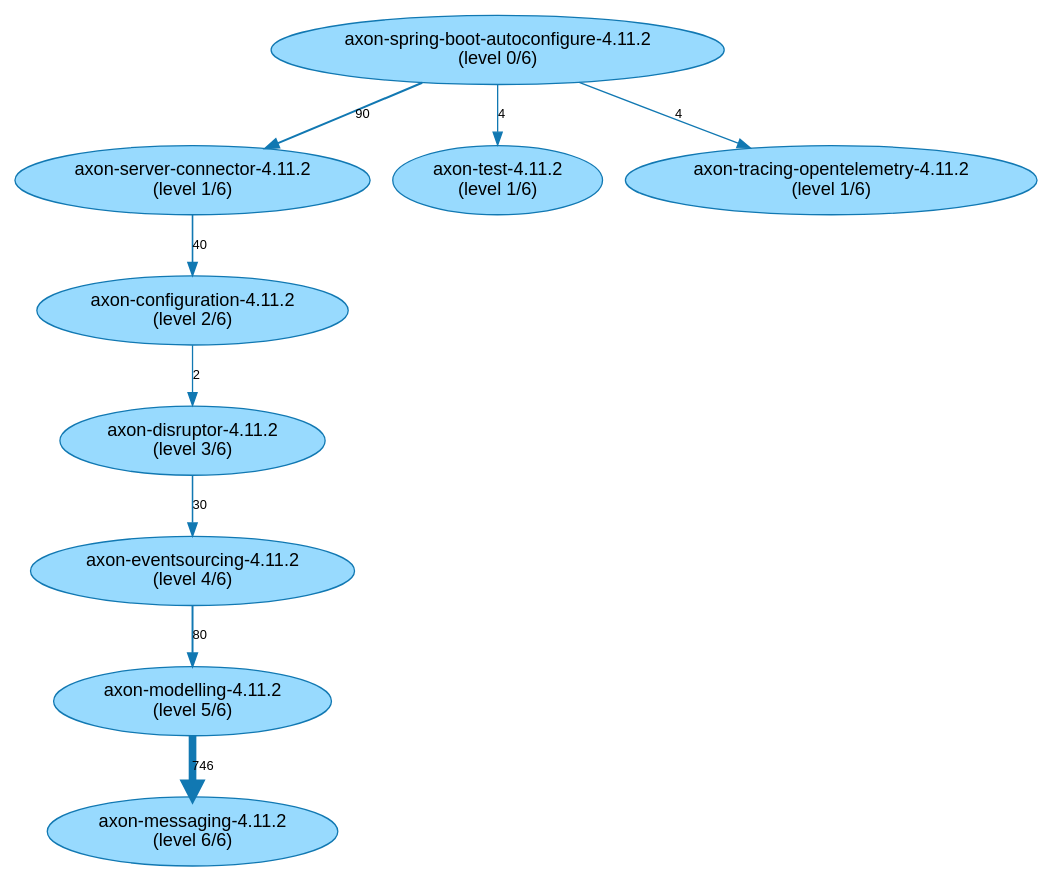
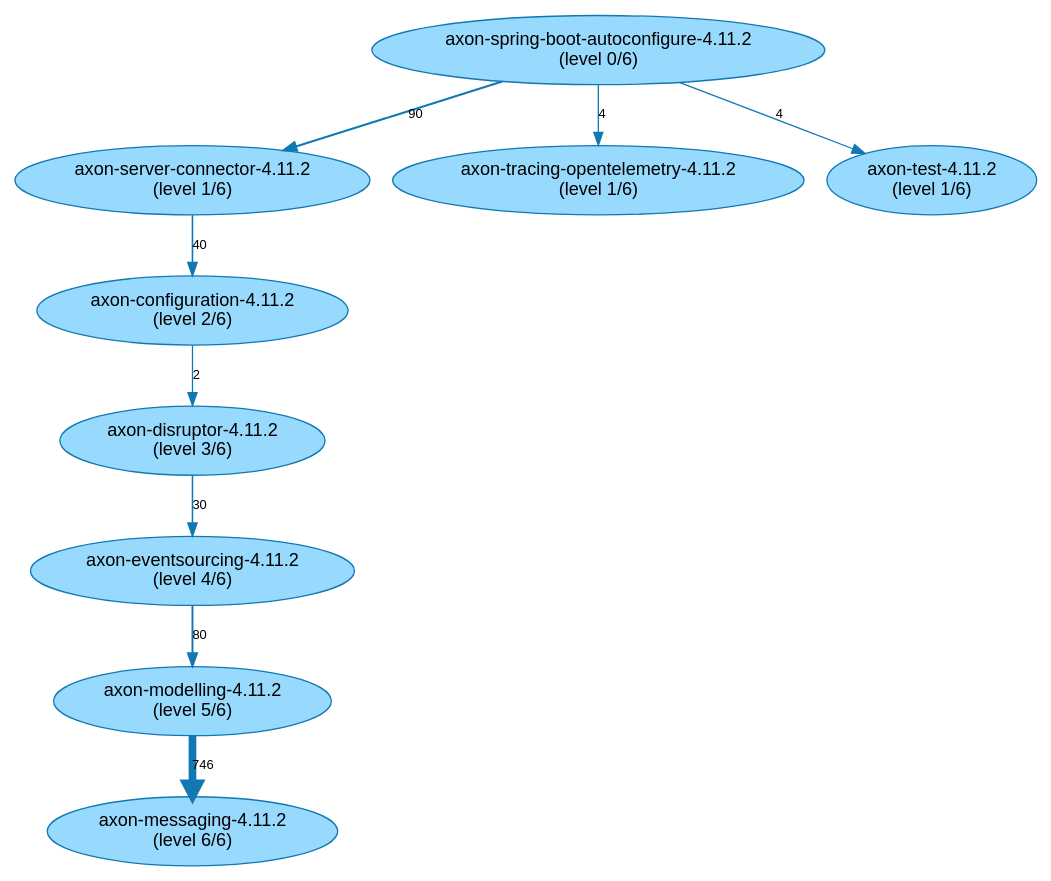
Before and after one commit to JohT/code-graph-analysis-examples: the diagram in analysis-results/AxonFramework/latest/path-finding-visualization/JavaArtifactLongestPathsIsolated.gv, drawn with Graphviz. The commit also changed other lines of this file and 457 other files, not shown here.

```diff
--- a/analysis-results/AxonFramework/latest/path-finding-visualization/JavaArtifactLongestPathsIsolated.gv
+++ b/analysis-results/AxonFramework/latest/path-finding-visualization/JavaArtifactLongestPathsIsolated.gv
@@ -1,32 +1,32 @@
 // This GraphViz dot file was generated by the script convertQueryResultCsvToGraphVizDotFile.sh with default.template
 
 strict digraph JavaArtifactLongestPathsIsolated {
     fontname = "Helvetica,Arial,sans-serif";
     node [fontname = "Helvetica,Arial,sans-serif";];
     edge [fontname = "Helvetica,Arial,sans-serif"; fontsize = 10;];
     node [style = filled; fillcolor = "0.560 0.400 0.999";];
     node [color = "0.560 0.900 0.700";];
     edge [color = "0.560 0.900 0.700";];
 	"axon-spring-boot-autoconfigure-4.11.2\n(level 0/6)" -> "axon-server-connector-4.11.2\n(level 1/6)" [label=90; penwidth=1.58; ];
 	"axon-server-connector-4.11.2\n(level 1/6)" -> "axon-configuration-4.11.2\n(level 2/6)" [label=40; penwidth=1.25; ];
 	"axon-configuration-4.11.2\n(level 2/6)" -> "axon-disruptor-4.11.2\n(level 3/6)" [label=2; penwidth=1.0; ];
 	"axon-disruptor-4.11.2\n(level 3/6)" -> "axon-eventsourcing-4.11.2\n(level 4/6)" [label=30; penwidth=1.19; ];
 	"axon-eventsourcing-4.11.2\n(level 4/6)" -> "axon-modelling-4.11.2\n(level 5/6)" [label=80; penwidth=1.52; ];
 	"axon-modelling-4.11.2\n(level 5/6)" -> "axon-messaging-4.11.2\n(level 6/6)" [label=746; penwidth=5.93; ];
 	"axon-spring-boot-autoconfigure-4.11.2\n(level 0/6)" -> "axon-server-connector-4.11.2\n(level 1/6)" [label=90; penwidth=1.58; ];
 	"axon-server-connector-4.11.2\n(level 1/6)" -> "axon-configuration-4.11.2\n(level 2/6)" [label=40; penwidth=1.25; ];
 	"axon-configuration-4.11.2\n(level 2/6)" -> "axon-disruptor-4.11.2\n(level 3/6)" [label=2; penwidth=1.0; ];
 	"axon-disruptor-4.11.2\n(level 3/6)" -> "axon-eventsourcing-4.11.2\n(level 4/6)" [label=30; penwidth=1.19; ];
 	"axon-eventsourcing-4.11.2\n(level 4/6)" -> "axon-modelling-4.11.2\n(level 5/6)" [label=80; penwidth=1.52; ];
+	"axon-spring-boot-autoconfigure-4.11.2\n(level 0/6)" -> "axon-server-connector-4.11.2\n(level 1/6)" [label=90; penwidth=1.58; ];
 	"axon-server-connector-4.11.2\n(level 1/6)" -> "axon-configuration-4.11.2\n(level 2/6)" [label=40; penwidth=1.25; ];
 	"axon-configuration-4.11.2\n(level 2/6)" -> "axon-disruptor-4.11.2\n(level 3/6)" [label=2; penwidth=1.0; ];
 	"axon-disruptor-4.11.2\n(level 3/6)" -> "axon-eventsourcing-4.11.2\n(level 4/6)" [label=30; penwidth=1.19; ];
 	"axon-spring-boot-autoconfigure-4.11.2\n(level 0/6)" -> "axon-server-connector-4.11.2\n(level 1/6)" [label=90; penwidth=1.58; ];
 	"axon-server-connector-4.11.2\n(level 1/6)" -> "axon-configuration-4.11.2\n(level 2/6)" [label=40; penwidth=1.25; ];
 	"axon-configuration-4.11.2\n(level 2/6)" -> "axon-disruptor-4.11.2\n(level 3/6)" [label=2; penwidth=1.0; ];
-	"axon-spring-boot-autoconfigure-4.11.2\n(level 0/6)" -> "axon-server-connector-4.11.2\n(level 1/6)" [label=90; penwidth=1.58; ];
 	"axon-server-connector-4.11.2\n(level 1/6)" -> "axon-configuration-4.11.2\n(level 2/6)" [label=40; penwidth=1.25; ];
 	"axon-spring-boot-autoconfigure-4.11.2\n(level 0/6)" -> "axon-server-connector-4.11.2\n(level 1/6)" [label=90; penwidth=1.58; ];
+	"axon-spring-boot-autoconfigure-4.11.2\n(level 0/6)" -> "axon-tracing-opentelemetry-4.11.2\n(level 1/6)" [label=4; penwidth=1.01; ];
 	"axon-spring-boot-autoconfigure-4.11.2\n(level 0/6)" -> "axon-test-4.11.2\n(level 1/6)" [label=4; penwidth=1.01; ];
-	"axon-spring-boot-autoconfigure-4.11.2\n(level 0/6)" -> "axon-tracing-opentelemetry-4.11.2\n(level 1/6)" [label=4; penwidth=1.01; ];
 }
```
